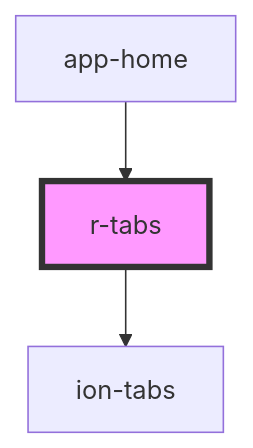
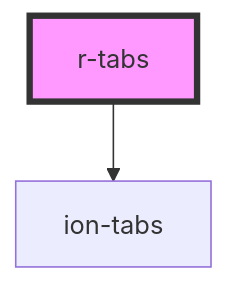
The diagram in src/components/r-tabs/readme.md (refactico/design-system), drawn with Mermaid before and after one commit. The commit also changed other lines of this file and 27 other files, not shown here.

First line of the commit message:
chore: update component dependencies and documentation for app-home

````diff
--- a/src/components/r-tabs/readme.md
+++ b/src/components/r-tabs/readme.md
@@ -28,6 +24,5 @@
 ```mermaid
 graph TD;
   r-tabs --> ion-tabs
-  app-home --> r-tabs
   style r-tabs fill:#f9f,stroke:#333,stroke-width:4px
 ```
````
